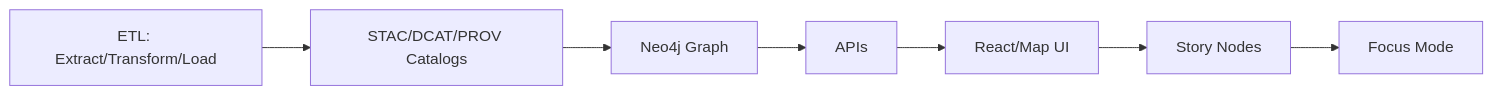
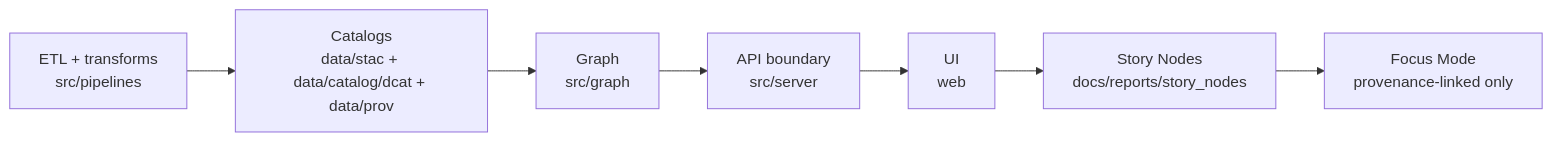
Before and after one commit to bartytime4life/Kansas-Frontier-Matrix: the first of 2 diagrams in src/pipelines/README.md, drawn with Mermaid. The commit also changed other lines of this file, not shown here.

```diff
--- a/src/pipelines/README.md
+++ b/src/pipelines/README.md
@@ -163,9 +178,9 @@
 ~~~mermaid
 flowchart LR
-  A[ETL: Extract/Transform/Load] --> B[STAC/DCAT/PROV Catalogs]
-  B --> C[Neo4j Graph]
-  C --> D[APIs]
-  D --> E[React/Map UI]
-  E --> F[Story Nodes]
-  F --> G[Focus Mode]
+  A[ETL + transforms<br/>src/pipelines] --> B[Catalogs<br/>data/stac + data/catalog/dcat + data/prov]
+  B --> C[Graph<br/>src/graph]
+  C --> D[API boundary<br/>src/server]
+  D --> E[UI<br/>web]
+  E --> F[Story Nodes<br/>docs/reports/story_nodes]
+  F --> G[Focus Mode<br/>provenance-linked only]
 ~~~
```
